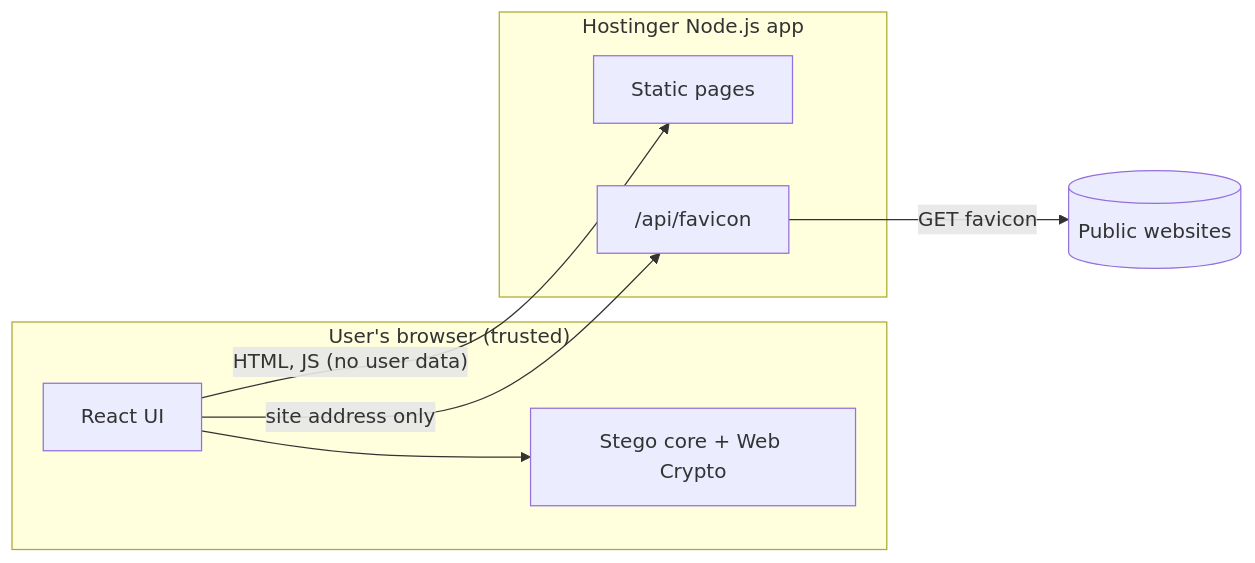
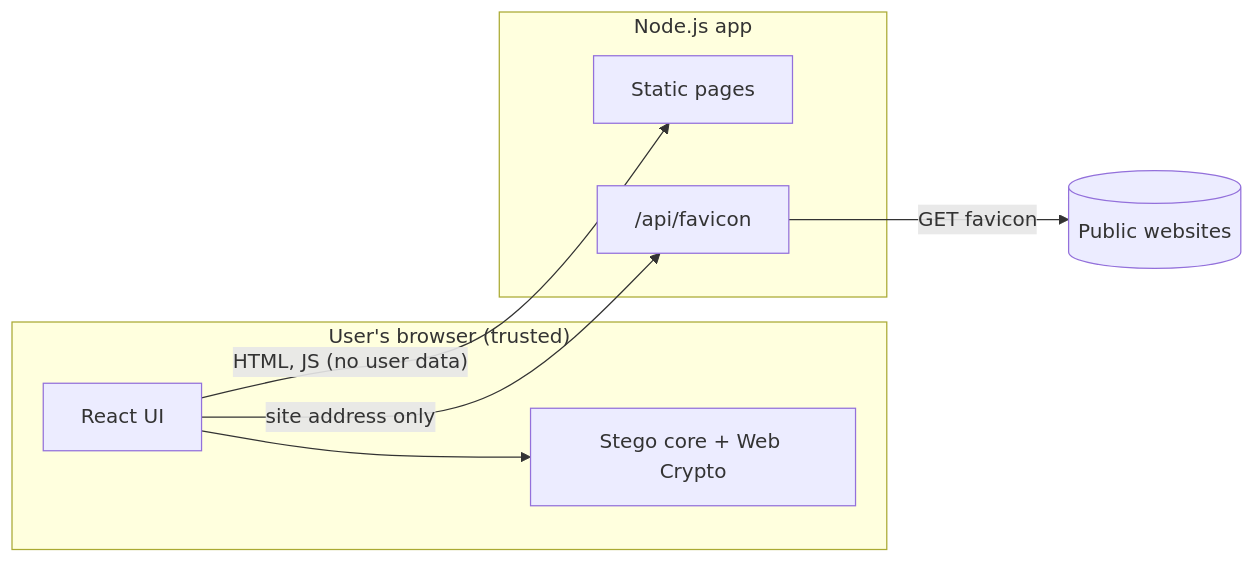
The diagram in docs/threat-model.md (evansem/steganography), drawn with Mermaid before and after one commit. The commit also changed other lines of this file and 6 other files, not shown here.

````diff
--- a/docs/threat-model.md
+++ b/docs/threat-model.md
@@ -16,14 +16,14 @@
 ```mermaid
 flowchart LR
   subgraph Device["User's browser (trusted)"]
     UI[React UI] --> Core[Stego core + Web Crypto]
   end
-  subgraph Host["Hostinger Node.js app"]
+  subgraph Host["Node.js app"]
     Static[Static pages]
     Proxy["/api/favicon"]
   end
   Internet[(Public websites)]
   UI -- "HTML, JS (no user data)" --> Static
   UI -- "site address only" --> Proxy
   Proxy -- "GET favicon" --> Internet
 ```
````
